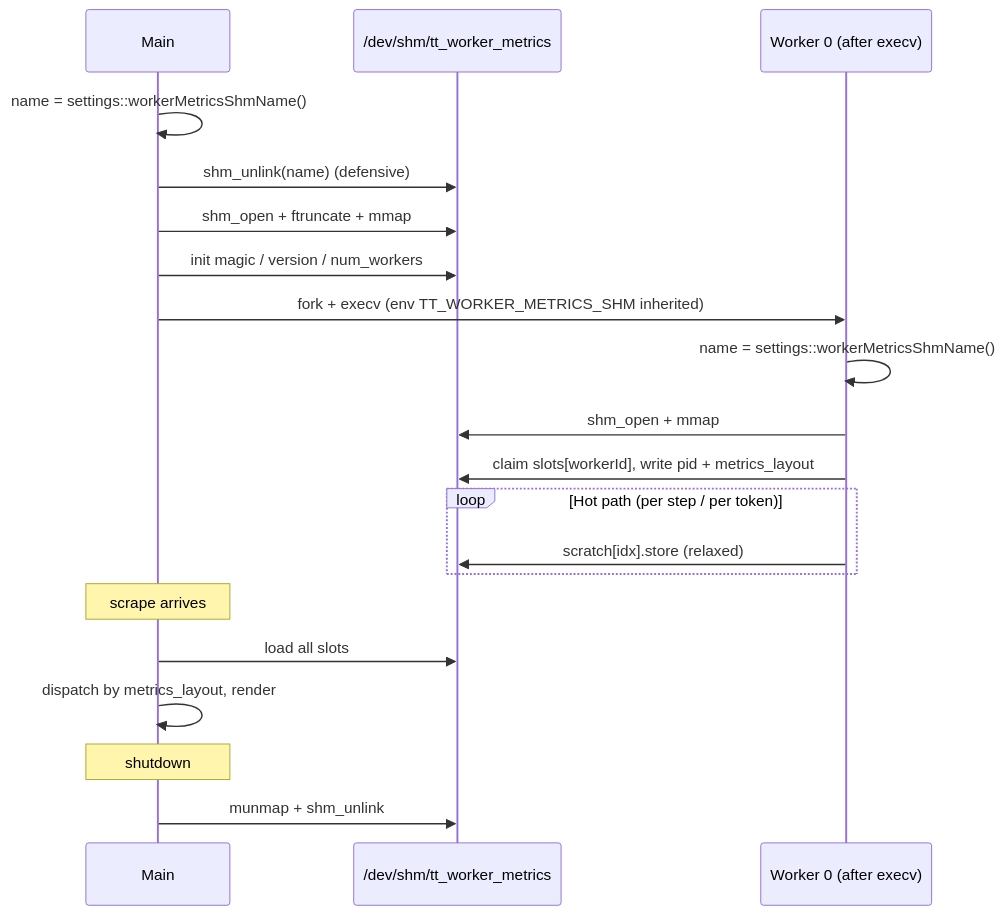
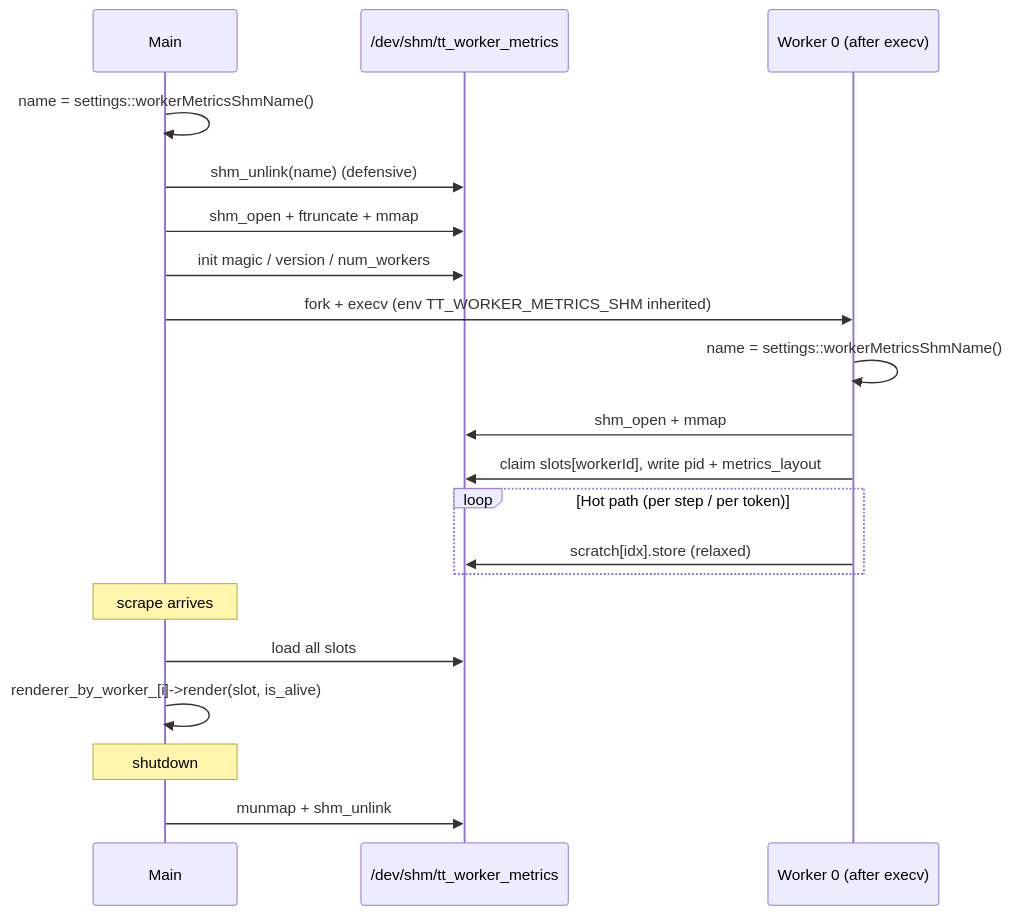
One commit to tenstorrent/tt-inference-server changed the second of 4 diagrams in tt-media-server/cpp_server/README.md. Above: the diagram before and after it, drawn with Mermaid. The commit also changed other lines of this file and 8 other files, not shown here.

````diff
--- a/tt-media-server/cpp_server/README.md
+++ b/tt-media-server/cpp_server/README.md
@@ -831,26 +842,26 @@
 ```mermaid
 sequenceDiagram
     participant Main
     participant SHM as /dev/shm/tt_worker_metrics
     participant W0 as Worker 0 (after execv)
 
     Main->>Main: name = settings::workerMetricsShmName()
     Main->>SHM: shm_unlink(name) (defensive)
     Main->>SHM: shm_open + ftruncate + mmap
     Main->>SHM: init magic / version / num_workers
     Main->>W0: fork + execv (env TT_WORKER_METRICS_SHM inherited)
     W0->>W0: name = settings::workerMetricsShmName()
     W0->>SHM: shm_open + mmap
     W0->>SHM: claim slots[workerId], write pid + metrics_layout
 
     loop Hot path (per step / per token)
         W0->>SHM: scratch[idx].store (relaxed)
     end
 
     Note over Main: scrape arrives
     Main->>SHM: load all slots
-    Main->>Main: dispatch by metrics_layout, render
+    Main->>Main: renderer_by_worker_[i]->render(slot, is_alive)
 
     Note over Main: shutdown
     Main->>SHM: munmap + shm_unlink
 ```
````
